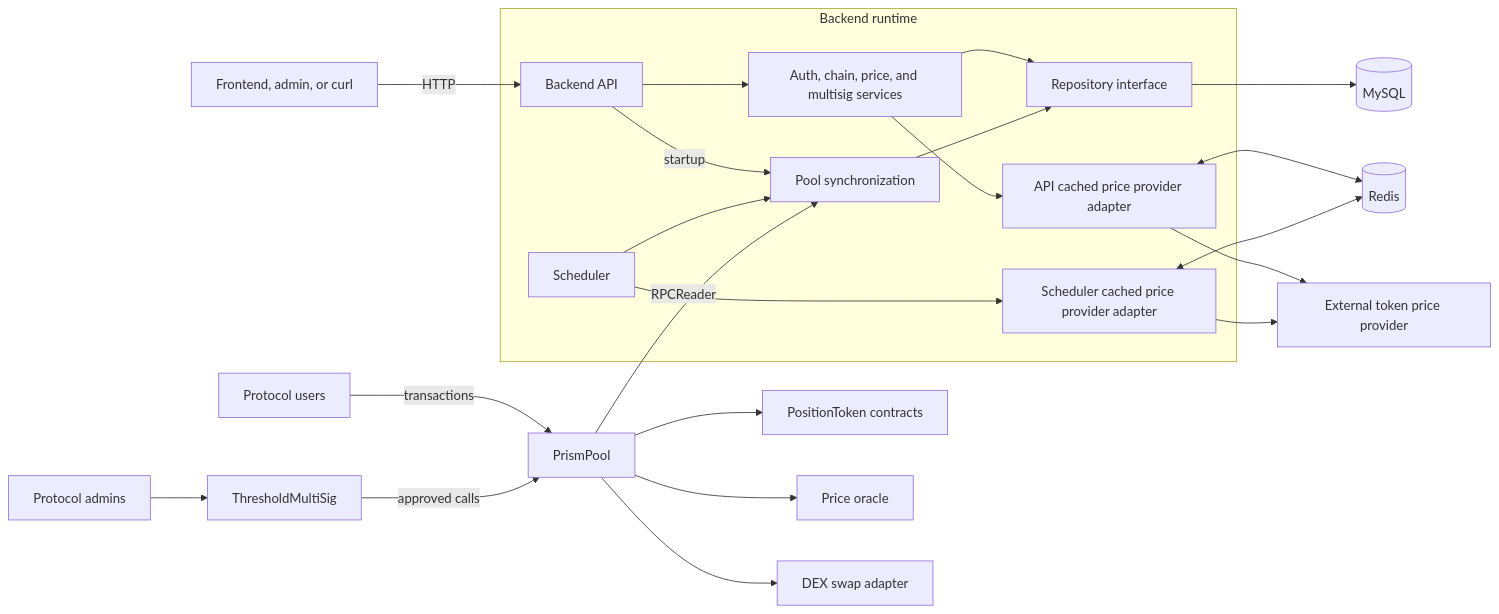
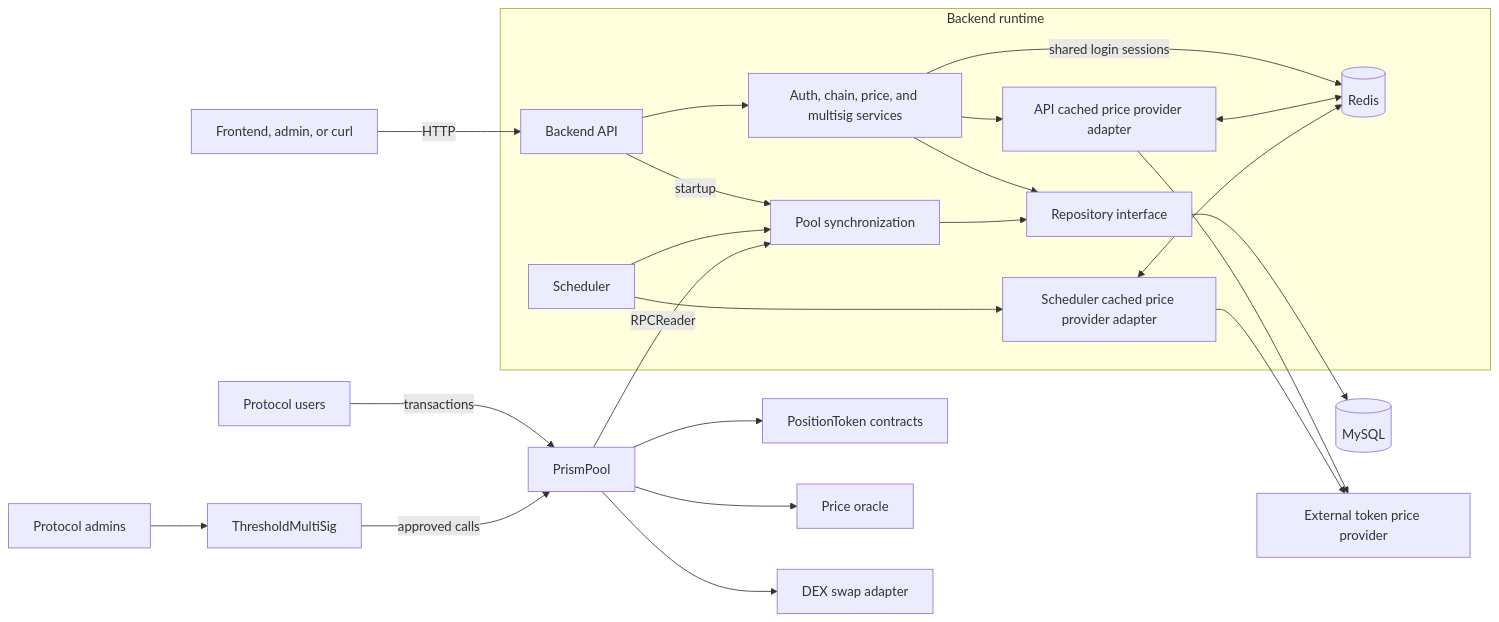
The first of 2 diagrams in README.md (lancechuangdev/prism), drawn with Mermaid before and after one commit. The commit also changed other lines of this file and 8 other files, not shown here.

Commit message:
shared authentication sessions

````diff
--- a/README.md
+++ b/README.md
@@ -23,28 +23,29 @@
 ```mermaid
 flowchart LR
   Users[Protocol users] -->|transactions| Pool[PrismPool]
   Admins[Protocol admins] --> MultiSig[ThresholdMultiSig]
   MultiSig -->|approved calls| Pool
   Pool --> Positions[PositionToken contracts]
   Pool --> Oracle[Price oracle]
   Pool --> DEX[DEX swap adapter]
 
   Client[Frontend, admin, or curl] -->|HTTP| API[Backend API]
 
   subgraph Backend[Backend runtime]
     API --> Services[Auth, chain, price, and multisig services]
     API -->|startup| Sync[Pool synchronization]
     Scheduler[Scheduler] --> Sync
     Services --> Repository[Repository interface]
     Sync --> Repository
-    Services --> APICachedPrice[API cached price provider adapter]
-    Scheduler --> SchedulerCachedPrice[Scheduler cached price provider adapter]
+  Services --> APICachedPrice[API cached price provider adapter]
+  Services -->|shared login sessions| Redis
+  Scheduler --> SchedulerCachedPrice[Scheduler cached price provider adapter]
   end
 
   Repository --> MySQL[(MySQL)]
   APICachedPrice <--> Redis[(Redis)]
   SchedulerCachedPrice <--> Redis
   APICachedPrice --> DemoPrice[External token price provider]
   SchedulerCachedPrice --> DemoPrice
   Pool -->|RPCReader| Sync
 ```
````
